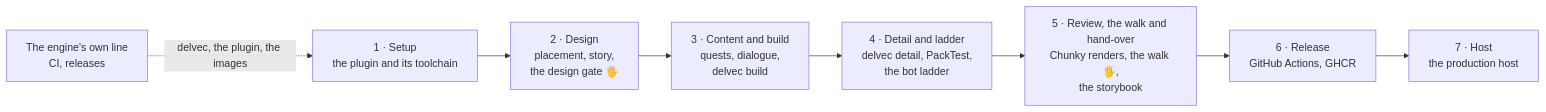
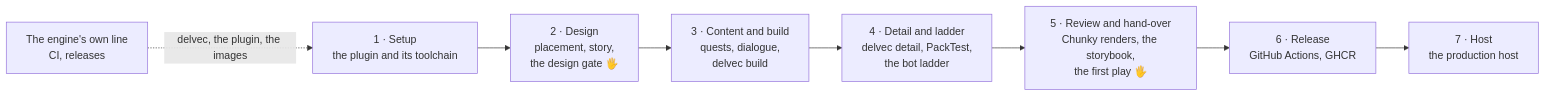
Before and after one commit to stellarfeline/delvewright: the first of 9 diagrams in docs/how-it-works.md, drawn with Mermaid. The commit also changed other lines of this file and 27 other files, not shown here.

````diff
--- a/docs/how-it-works.md
+++ b/docs/how-it-works.md
@@ -9,10 +9,10 @@
 ```mermaid
 flowchart LR
     S["1 · Setup<br/>the plugin and its toolchain"] --> D["2 · Design<br/>placement, story,<br/>the design gate 🖐"]
     D --> B["3 · Content and build<br/>quests, dialogue,<br/>delvec build"]
     B --> V["4 · Detail and ladder<br/>delvec detail, PackTest,<br/>the bot ladder"]
-    V --> R["5 · Review, the walk and hand-over<br/>Chunky renders, the walk 🖐,<br/>the storybook"]
+    V --> R["5 · Review and hand-over<br/>Chunky renders, the storybook,<br/>the first play 🖐"]
     R --> P["6 · Release<br/>GitHub Actions, GHCR"]
     P --> H["7 · Host<br/>the production host"]
     E["The engine's own line<br/>CI, releases"] -.->|"delvec, the plugin, the images"| S
 ```
````
